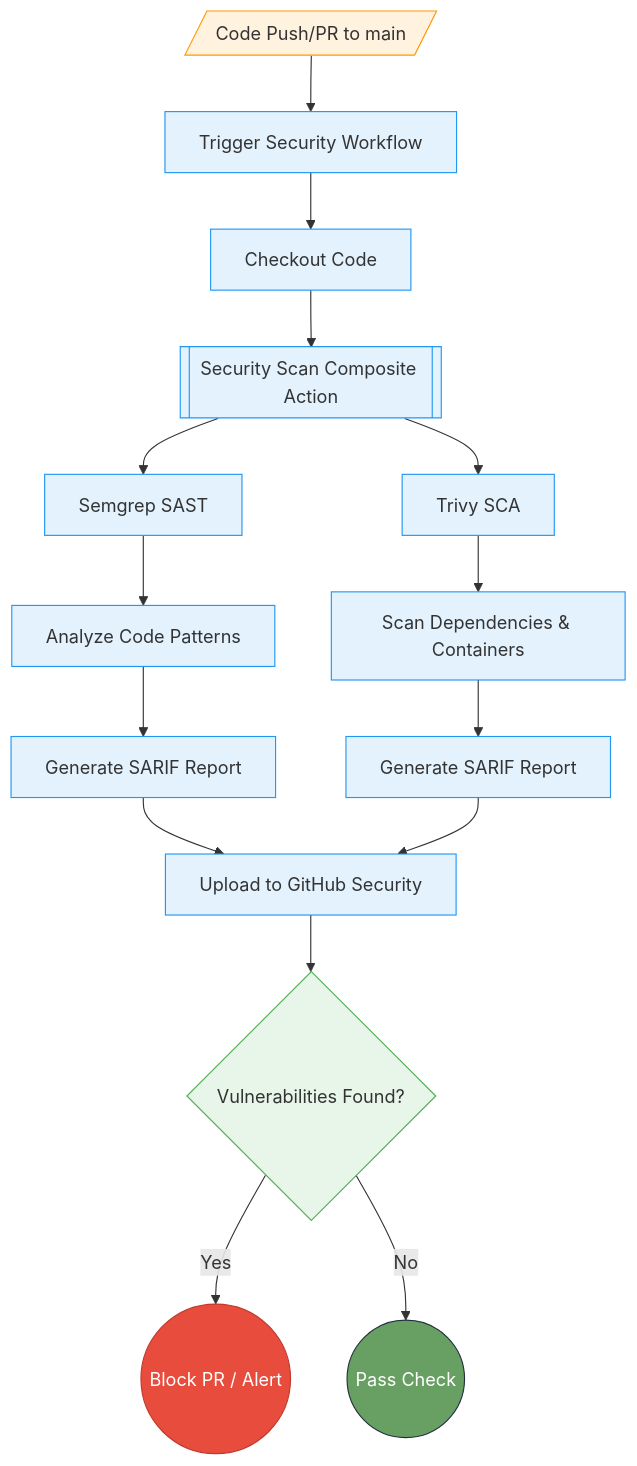
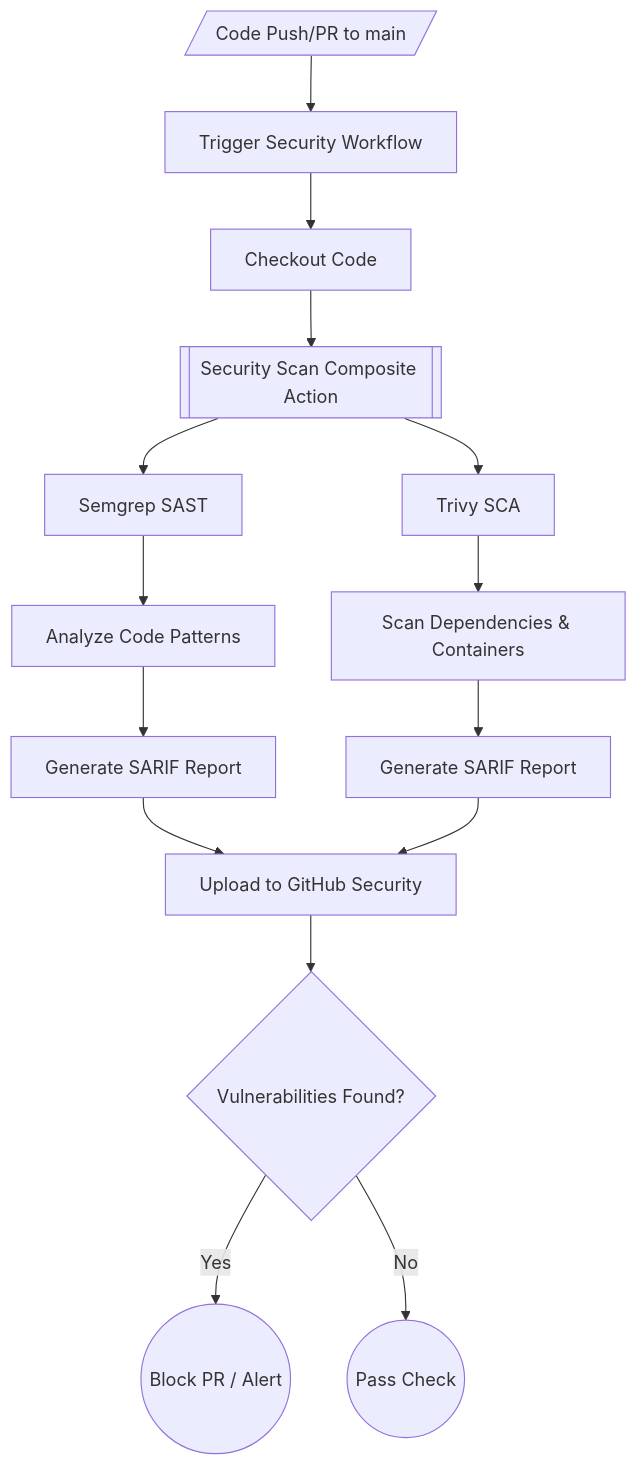
Before and after one commit to gamaware/system-design-course: the first of 2 diagrams in .github/SECURITY_WORKFLOW.md, drawn with Mermaid. The commit also changed other lines of this file and 6 other files, not shown here.

Commit message:
fix: remove inline colors to respect beautiful-mermaid theme

````diff
--- a/.github/SECURITY_WORKFLOW.md
+++ b/.github/SECURITY_WORKFLOW.md
@@ -17,37 +17,25 @@
 ```mermaid
 flowchart TD
     %% Trigger
     A[/"Code Push/PR to main"/] --> B["Trigger Security Workflow"]
     B --> C["Checkout Code"]
 
     %% Parallel scan tools
     C --> D[["Security Scan Composite Action"]]
     D --> E["Semgrep SAST"]
     D --> F["Trivy SCA"]
 
     %% Analysis and reporting
     E --> G["Analyze Code Patterns"]
     F --> H["Scan Dependencies & Containers"]
     G --> I["Generate SARIF Report"]
     H --> J["Generate SARIF Report"]
 
     %% Results gate
     I --> K["Upload to GitHub Security"]
     J --> K
     K --> L{"Vulnerabilities Found?"}
     L -->|"Yes"| M(("Block PR / Alert"))
     L -->|"No"| N(("Pass Check"))
 
-    %% Class definitions
-    classDef trigger fill:#FFF3E0,stroke:#FF9800
-    classDef process fill:#E3F2FD,stroke:#2196F3
-    classDef decision fill:#E8F5E9,stroke:#4CAF50
-    classDef endpoint_fail fill:#e74c3c,stroke:#c0392b,color:#fff
-    classDef endpoint_pass fill:#68a063,stroke:#232f3e,color:#fff
-
-    class A trigger
-    class B,C,D,E,F,G,H,I,J,K process
-    class L decision
-    class M endpoint_fail
-    class N endpoint_pass
 ```
````
